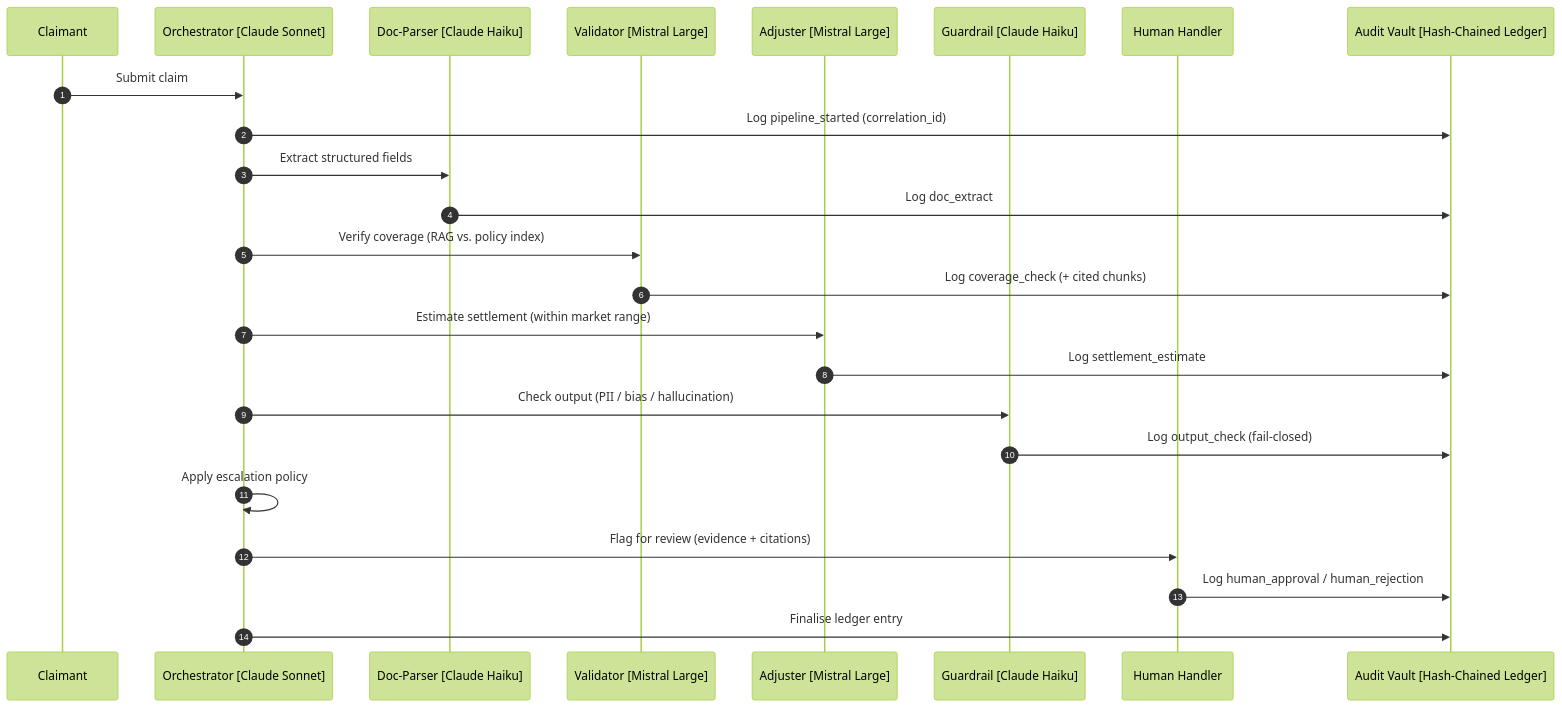
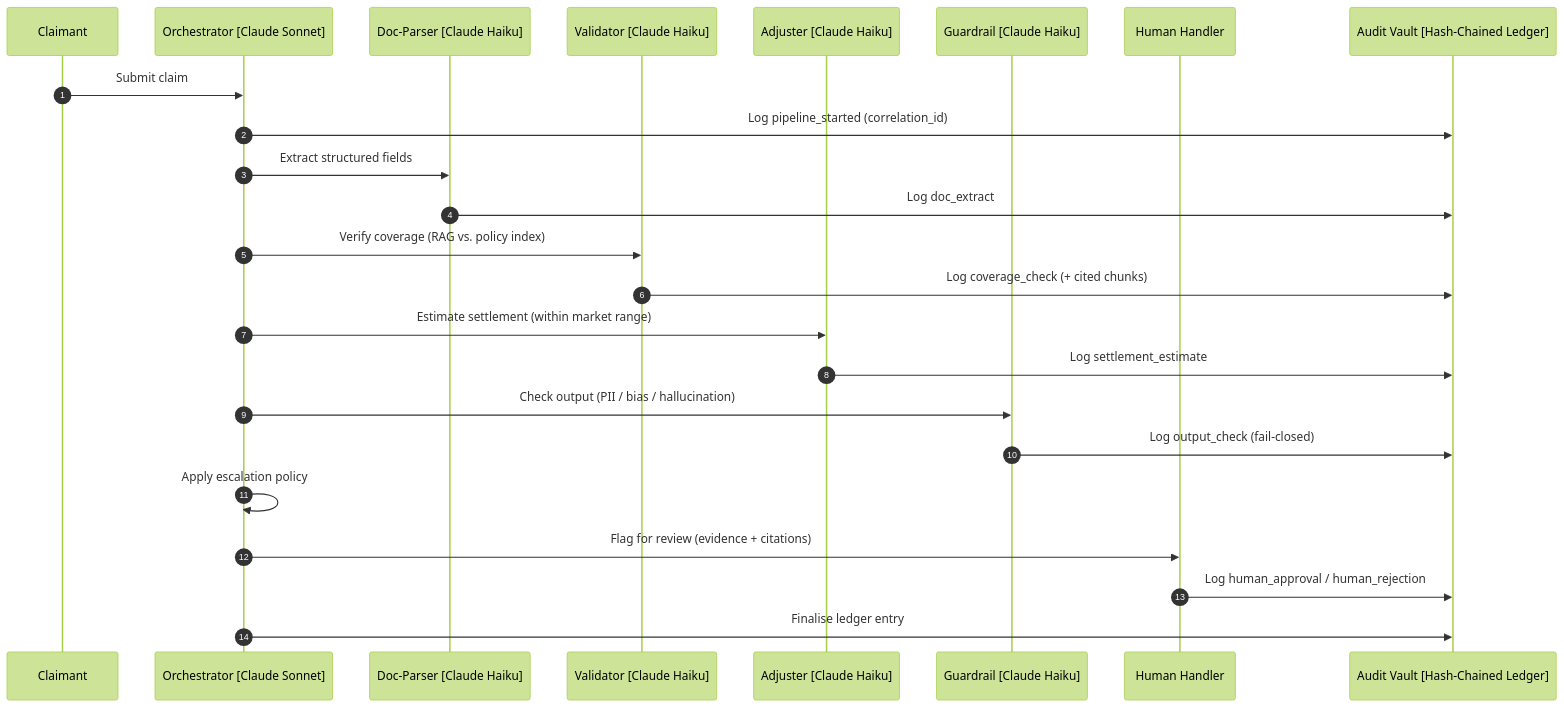
Before and after one commit to dcopps/agentic-claims-poc: the diagram in README.md, drawn with Mermaid (forest theme). The commit also changed other lines of this file and 32 other files, not shown here.

````diff
--- a/README.md
+++ b/README.md
@@ -9,27 +9,27 @@
 ```mermaid
 sequenceDiagram
     autonumber
     participant C as Claimant
     participant O as Orchestrator [Claude Sonnet]
     participant D as Doc-Parser [Claude Haiku]
-    participant V as Validator [Mistral Large]
-    participant A as Adjuster [Mistral Large]
+    participant V as Validator [Claude Haiku]
+    participant A as Adjuster [Claude Haiku]
     participant G as Guardrail [Claude Haiku]
     participant H as Human Handler
     participant AV as Audit Vault [Hash-Chained Ledger]
 
     C->>O: Submit claim
     O->>AV: Log pipeline_started (correlation_id)
     O->>D: Extract structured fields
     D->>AV: Log doc_extract
     O->>V: Verify coverage (RAG vs. policy index)
     V->>AV: Log coverage_check (+ cited chunks)
     O->>A: Estimate settlement (within market range)
     A->>AV: Log settlement_estimate
     O->>G: Check output (PII / bias / hallucination)
     G->>AV: Log output_check (fail-closed)
     O->>O: Apply escalation policy
     O->>H: Flag for review (evidence + citations)
     H->>AV: Log human_approval / human_rejection
     O->>AV: Finalise ledger entry
 ```
````
